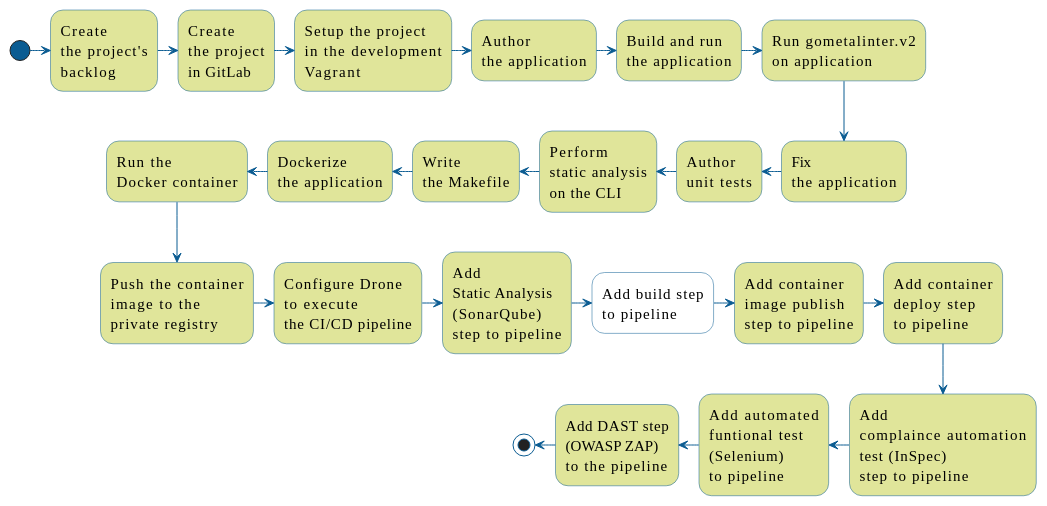
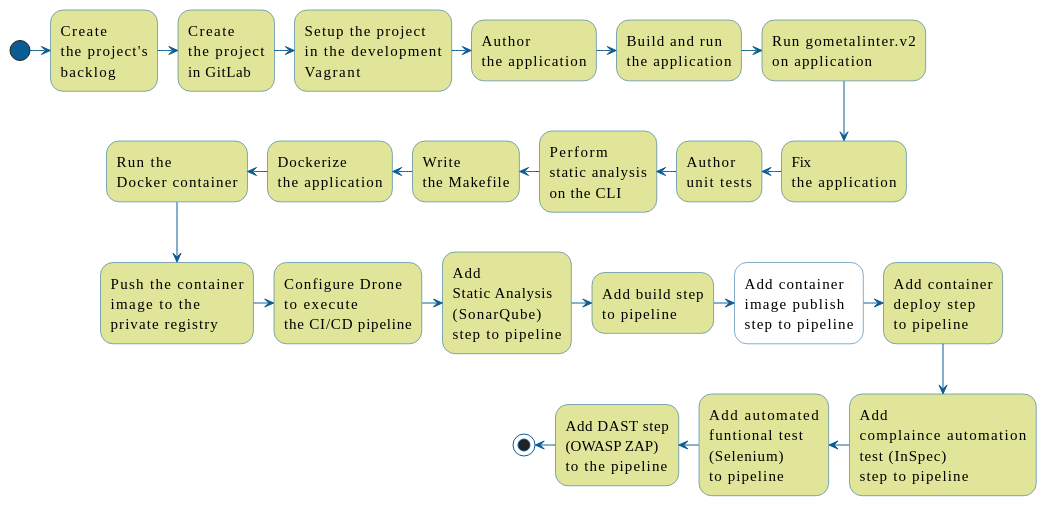
Diagram 27 of 31 in readme.md (nemonik/hands-on-DevOps), drawn with PlantUML before and after one commit. The commit also changed other lines of this file, not shown here.

````diff
--- a/readme.md
+++ b/readme.md
@@ -5987,69 +6001,68 @@
 ```plantuml
 skinparam shadowing false
 
 skinparam title {
   FontName "Yanone Kaffeesatz"
   FontStyle "Thin"
   FontSize 30
 }
 
 skinparam activity {
   BorderColor #0B5C92
   BackgroundColor #e0e59a
   FontName "Yanone Kaffeesatz"
   FontStyle "Thin"
   FontSize 15
 }
 
 skinparam activityDiamond {
   BorderColor #0B5C92
   BackgroundColor #e0e59a
   FontName "Yanone Kaffeesatz"
   FontStyle "Thin"
   FontSize 15
 }
 
 skinparam activityStart {
   Color #0B5C92
 }
 
 skinparam activityEnd {
   Color #0B5C92
 }
 
 skinparam arrow {
   Color #0B5C92
 }
 
 skinparam note {
   BorderColor #0B5C92
   BackgroundColor #FEFECE
   FontName "Yanone Kaffeesatz"
   FontStyle "Thin"
   FontSize 15
 }
 
 (*) -right->”Create\nthe project's\nbacklog”
 -right->"Create\nthe project\nin GitLab"
 -right->"Setup the project\nin the development\nVagrant"
 -right->"Author\nthe application"
 -right->"Build and run\nthe application"
 -right->"Run gometalinter.v2\non application"
 -down->"Fix\nthe application"
 -left->"Author\nunit tests"
 -left->"Perform\nstatic analysis\non the CLI"
 -left->"Write\nthe Makefile"
 -left->"Dockerize\nthe application"
 -left->"Run the\nDocker container"
 -down->"Push the container\nimage to the\nprivate registry"
 -right->"Configure Drone\nto execute\nthe CI/CD pipeline"
 -right->"Add\nStatic Analysis\n(SonarQube)\nstep to pipeline"
--right->"Add build step\nto pipeline" #FFFFFF
--right->"Add container\nimage publish\nstep to pipeline"
+-right->"Add build step\nto pipeline"
+-right->"Add container\nimage publish\nstep to pipeline" #FFFFFF
 -right->"Add container\ndeploy step\nto pipeline"
 -down->"Add\ncomplaince automation\ntest (InSpec)\nstep to pipeline"
 -left->"Add automated\nfuntional test\n(Selenium)\nto pipeline"
-
 -left->"Add DAST step\n(OWASP ZAP)\nto the pipeline"
 -left-> (*)
 ```
````
